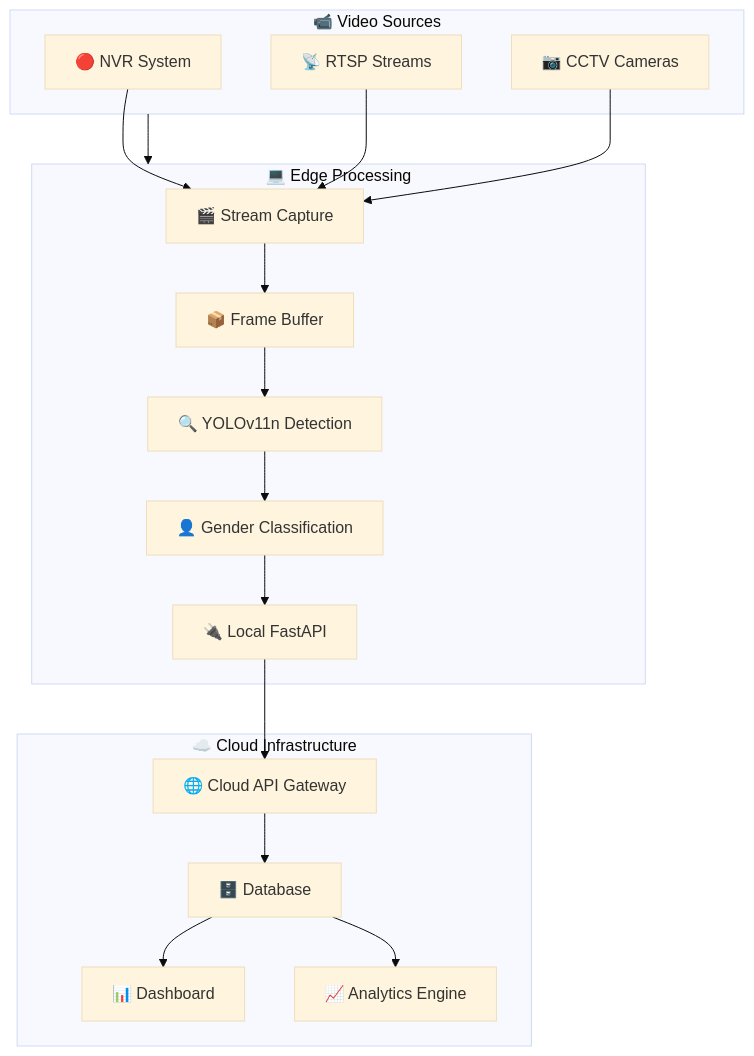
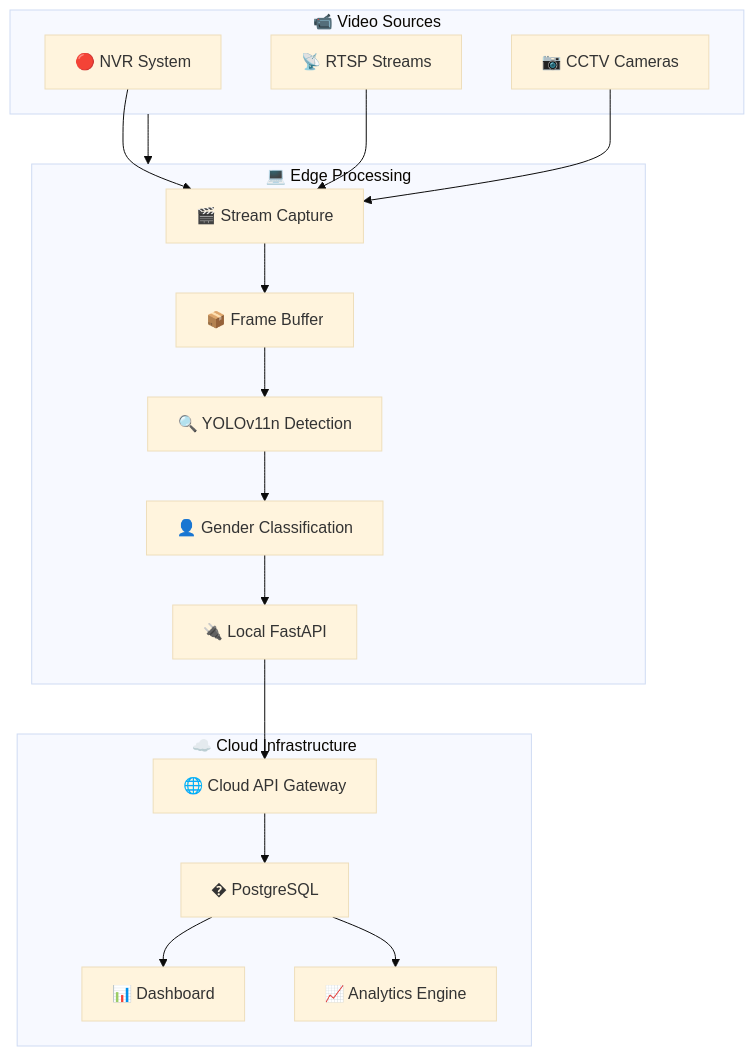
Before and after one commit to MuksithMRA/VisonTera-AI: the first of 12 diagrams in IMPLEMENTATION_PIPELINE.md, drawn with Mermaid (base theme). The commit also changed other lines of this file and 9 other files, not shown here.

````diff
--- a/IMPLEMENTATION_PIPELINE.md
+++ b/IMPLEMENTATION_PIPELINE.md
@@ -36,37 +36,37 @@
 ```mermaid
 flowchart TB
     subgraph Sources["📹 Video Sources"]
         NVR["🔴 NVR System"]
         RTSP["📡 RTSP Streams"]
         CCTV["📷 CCTV Cameras"]
     end
 
     subgraph Edge["💻 Edge Processing"]
         StreamCapture["🎬 Stream Capture"]
         FrameBuffer["📦 Frame Buffer"]
         Detection["🔍 YOLOv11n Detection"]
         Gender["👤 Gender Classification"]
         LocalAPI["🔌 Local FastAPI"]
     end
 
     subgraph Cloud["☁️ Cloud Infrastructure"]
         CloudAPI["🌐 Cloud API Gateway"]
-        Database["🗄️ Database"]
+        Database["� PostgreSQL"]
         Dashboard["📊 Dashboard"]
         Analytics["📈 Analytics Engine"]
     end
 
     Sources --> Edge
     NVR --> StreamCapture
     RTSP --> StreamCapture
     CCTV --> StreamCapture
     
     StreamCapture --> FrameBuffer
     FrameBuffer --> Detection
     Detection --> Gender
     Gender --> LocalAPI
     LocalAPI --> CloudAPI
     CloudAPI --> Database
     Database --> Dashboard
     Database --> Analytics
 ```
````
